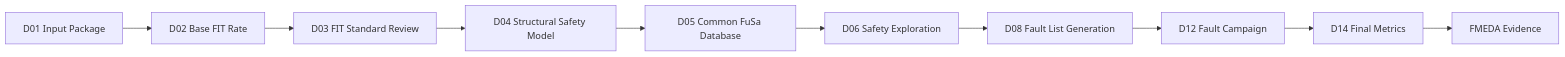
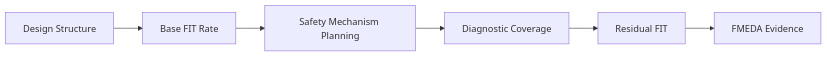
Before and after one commit to qiqixixi1001/automotive-safeic-practice: the first of 4 diagrams in articles/02_automotive_safeic_practice_d02_github_en_generic.md, drawn with Mermaid. The commit also changed other lines of this file, not shown here.

````diff
--- a/articles/02_automotive_safeic_practice_d02_github_en_generic.md
+++ b/articles/02_automotive_safeic_practice_d02_github_en_generic.md
@@ -98,12 +129,8 @@
 ```mermaid
 flowchart LR
-    A[D01 Input Package] --> B[D02 Base FIT Rate]
-    B --> C[D03 FIT Standard Review]
-    C --> D[D04 Structural Safety Model]
-    D --> E[D05 Common FuSa Database]
-    E --> F[D06 Safety Exploration]
-    F --> G[D08 Fault List Generation]
-    G --> H[D12 Fault Campaign]
-    H --> I[D14 Final Metrics]
-    I --> J[FMEDA Evidence]
+    A[Design Structure] --> B[Base FIT Rate]
+    B --> C[Safety Mechanism Planning]
+    C --> D[Diagnostic Coverage]
+    D --> E[Residual FIT]
+    E --> F[FMEDA Evidence]
 ```
````
